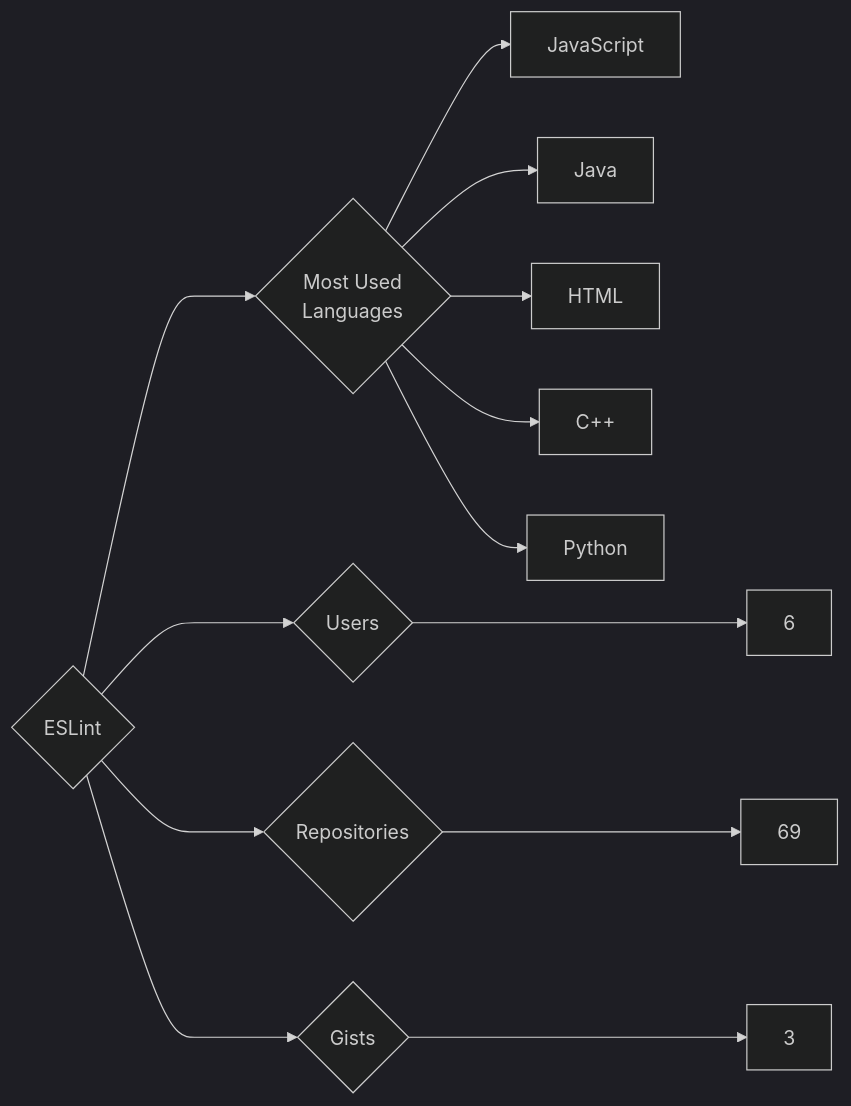
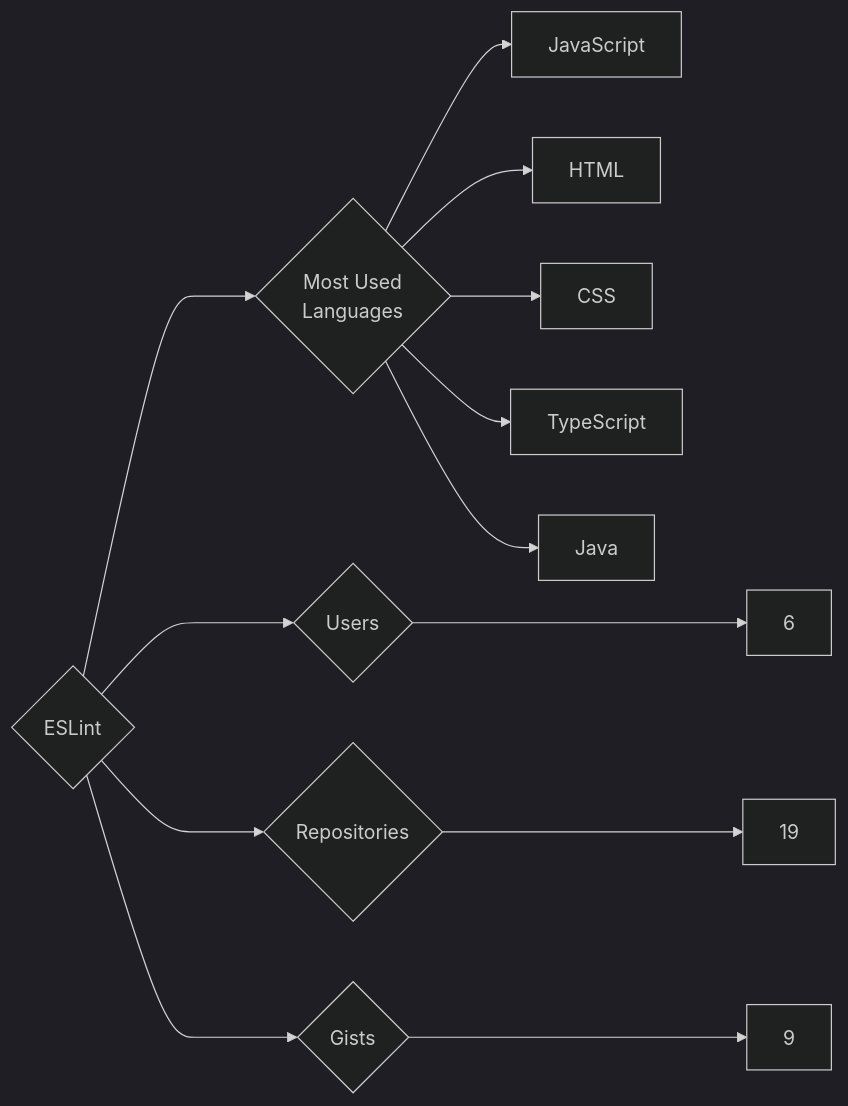
Before and after one commit to trickest/insiders: the diagram in targets/ESLint/README.md, drawn with Mermaid (dark theme). The commit also changed 1088 other files, not shown here.

````diff
--- a/targets/ESLint/README.md
+++ b/targets/ESLint/README.md
@@ -3,13 +3,13 @@
 ```mermaid
 graph LR
 COMPANY_NAME{ESLint}
 COMPANY_NAME ---> U{Users} ---> UN[6]
-COMPANY_NAME ---> R{Repositories} ---> RN[69]
-COMPANY_NAME ---> G{Gists} ---> GN[3]
+COMPANY_NAME ---> R{Repositories} ---> RN[19]
+COMPANY_NAME ---> G{Gists} ---> GN[9]
 COMPANY_NAME ---> ML{Most Used<br>Languages}
 ML --> JavaScript[JavaScript]
+ML --> HTML[HTML]
+ML --> CSS[CSS]
+ML --> TypeScript[TypeScript]
 ML --> Java[Java]
-ML --> HTML[HTML]
-ML --> C++[C++]
-ML --> Python[Python]
 ```
````
